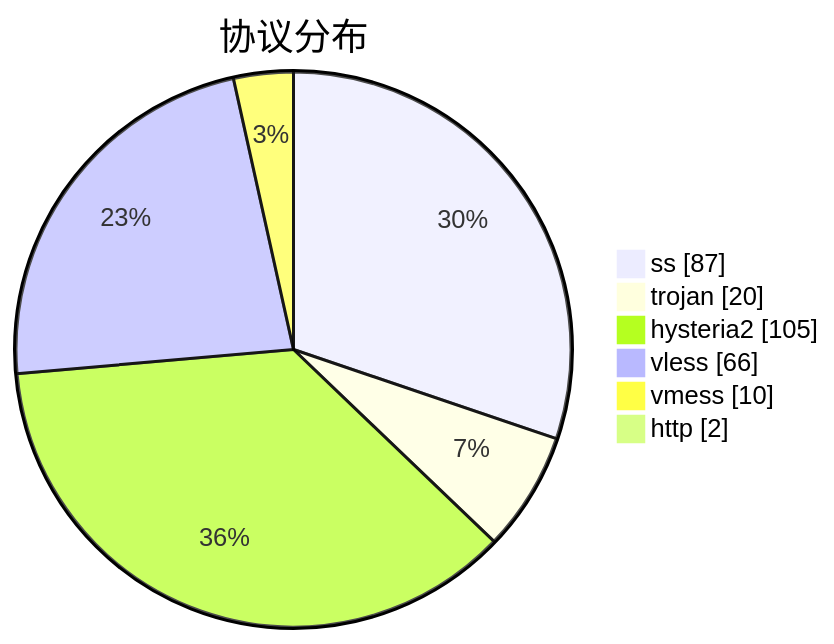
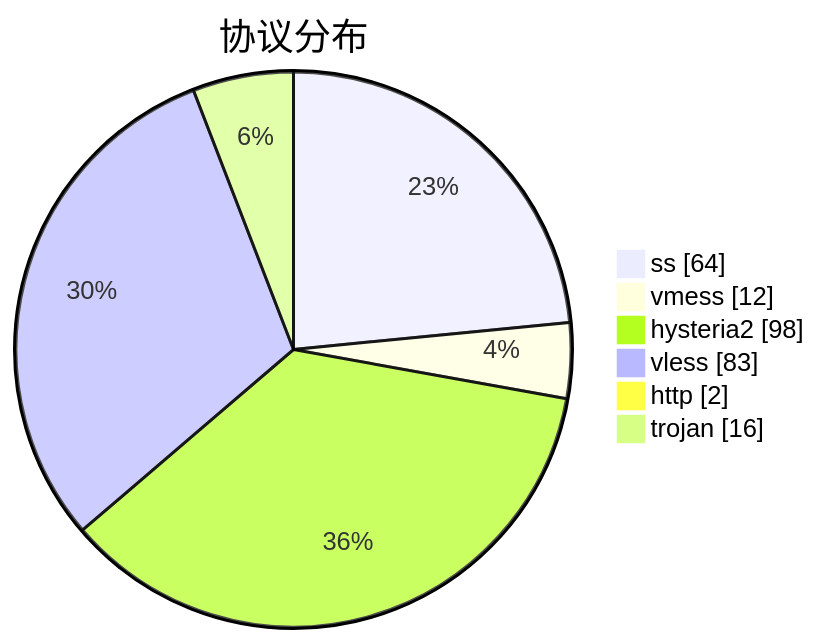
Before and after one commit to sinspired/airport: the third of 3 diagrams in subs/statistics/tested_within.md, drawn with Mermaid. The commit also changed other lines of this file and 2 other files, not shown here.

````diff
--- a/subs/statistics/tested_within.md
+++ b/subs/statistics/tested_within.md
@@ -43,10 +37,10 @@
 ```mermaid
 pie showData
 title 协议分布
-"ss" : 87
-"trojan" : 20
-"hysteria2" : 105
-"vless" : 66
-"vmess" : 10
+"ss" : 64
+"vmess" : 12
+"hysteria2" : 98
+"vless" : 83
 "http" : 2
+"trojan" : 16
 ```
````
